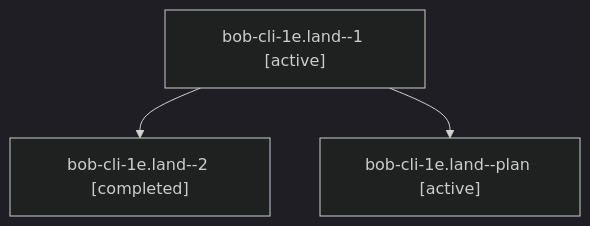
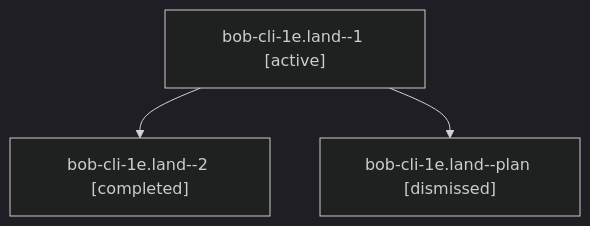
Before and after one commit to bobs-org/bob-cli--agents: the diagram in sessions/bbugyi200.athena.bob-cli-1e.land.md, drawn with Mermaid (dark theme). The commit also changed other lines of this file and 83 other files, not shown here.

````diff
--- a/sessions/bbugyi200.athena.bob-cli-1e.land.md
+++ b/sessions/bbugyi200.athena.bob-cli-1e.land.md
@@ -9,8 +9,8 @@
 ```mermaid
 flowchart TD
   n0["bob-cli-1e.land--1 [active]"]
   n1["bob-cli-1e.land--2 [completed]"]
   n0 --> n1
-  n2["bob-cli-1e.land--plan [active]"]
+  n2["bob-cli-1e.land--plan [dismissed]"]
   n0 --> n2
 ```
````
